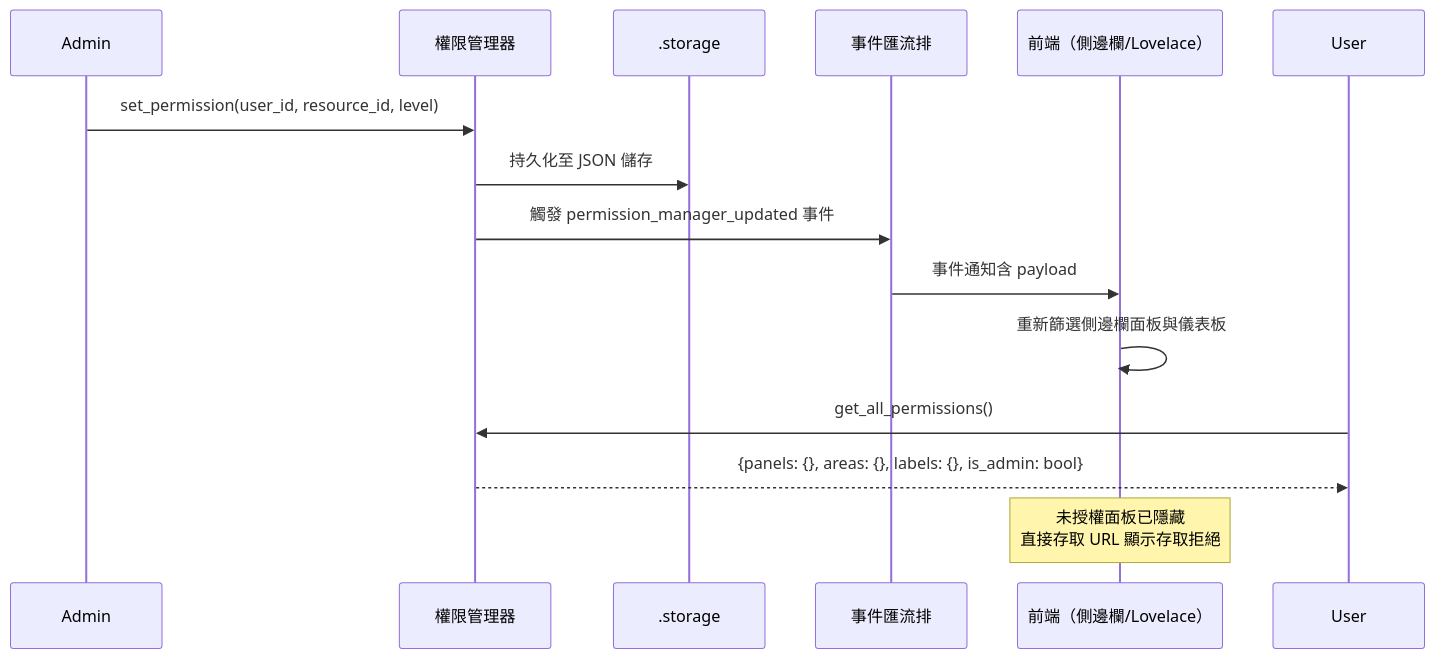
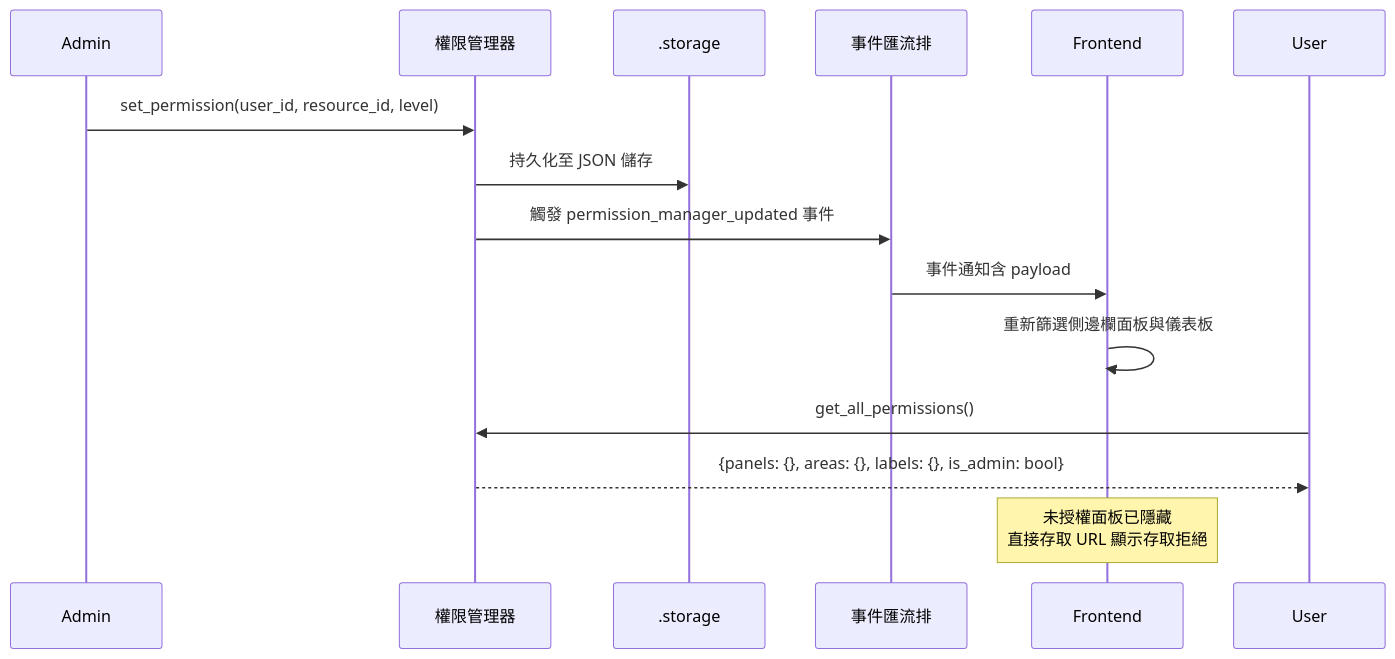
The second of 4 diagrams in README_zh-TW.md (WOOWTECH/Woow_ha_permission_control), drawn with Mermaid before and after one commit. The commit also changed other lines of this file and 4 other files, not shown here.

First line of the commit message:
fix: Mermaid diagram syntax for GitHub rendering

````diff
--- a/README_zh-TW.md
+++ b/README_zh-TW.md
@@ -168,18 +168,18 @@
 ```mermaid
 sequenceDiagram
     participant 管理員 as Admin
     participant PM as 權限管理器
     participant Store as .storage
     participant EB as 事件匯流排
-    participant FE as 前端（側邊欄/Lovelace）
+    participant FE as Frontend
     participant 使用者 as User
 
     管理員->>PM: set_permission(user_id, resource_id, level)
     PM->>Store: 持久化至 JSON 儲存
     PM->>EB: 觸發 permission_manager_updated 事件
     EB->>FE: 事件通知含 payload
     FE->>FE: 重新篩選側邊欄面板與儀表板
     使用者->>PM: get_all_permissions()
     PM-->>使用者: {panels: {}, areas: {}, labels: {}, is_admin: bool}
     Note over FE: 未授權面板已隱藏<br/>直接存取 URL 顯示存取拒絕
 ```
````
